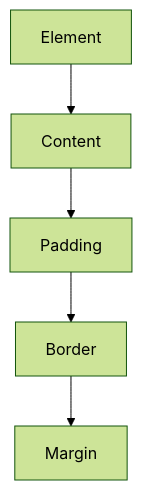
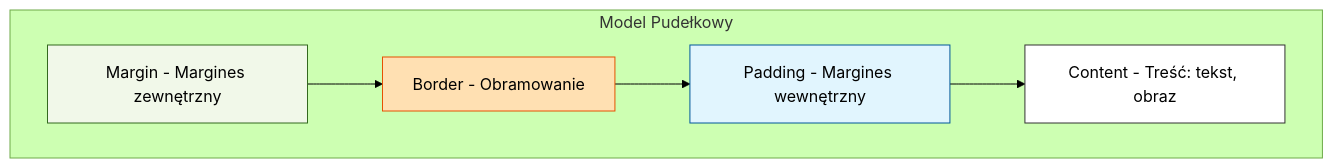
One commit to zacniewski/materials-about-markup-and-scripting-languages changed the diagram in labs/lab09.md. Above: the diagram before and after it, drawn with Mermaid (forest theme). The commit also changed other lines of this file and 1 other file, not shown here.

````diff
--- a/labs/lab09.md
+++ b/labs/lab09.md
@@ -13,7 +23,12 @@
 ```mermaid
 graph TD
-  A[Element] --> B[Content]
-  B --> C[Padding]
-  C --> D[Border]
-  D --> E[Margin]
+    subgraph "Model Pudełkowy"
+    M[Margin - Margines zewnętrzny] --> B[Border - Obramowanie]
+    B --> P[Padding - Margines wewnętrzny]
+    P --> C[Content - Treść: tekst, obraz]
+    end
+    style C fill:#fff,stroke:#333
+    style P fill:#e1f5fe,stroke:#01579b
+    style B fill:#ffe0b2,stroke:#e65100
+    style M fill:#f1f8e9,stroke:#33691e
 ```
````
